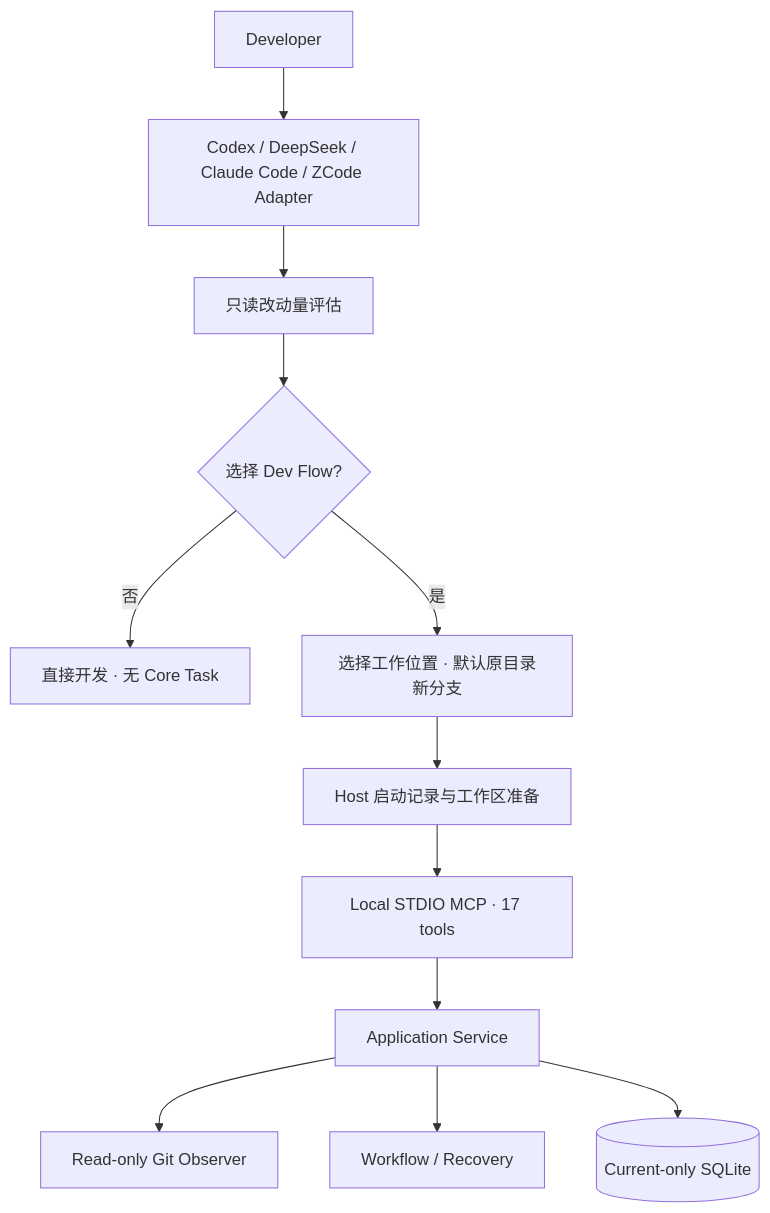
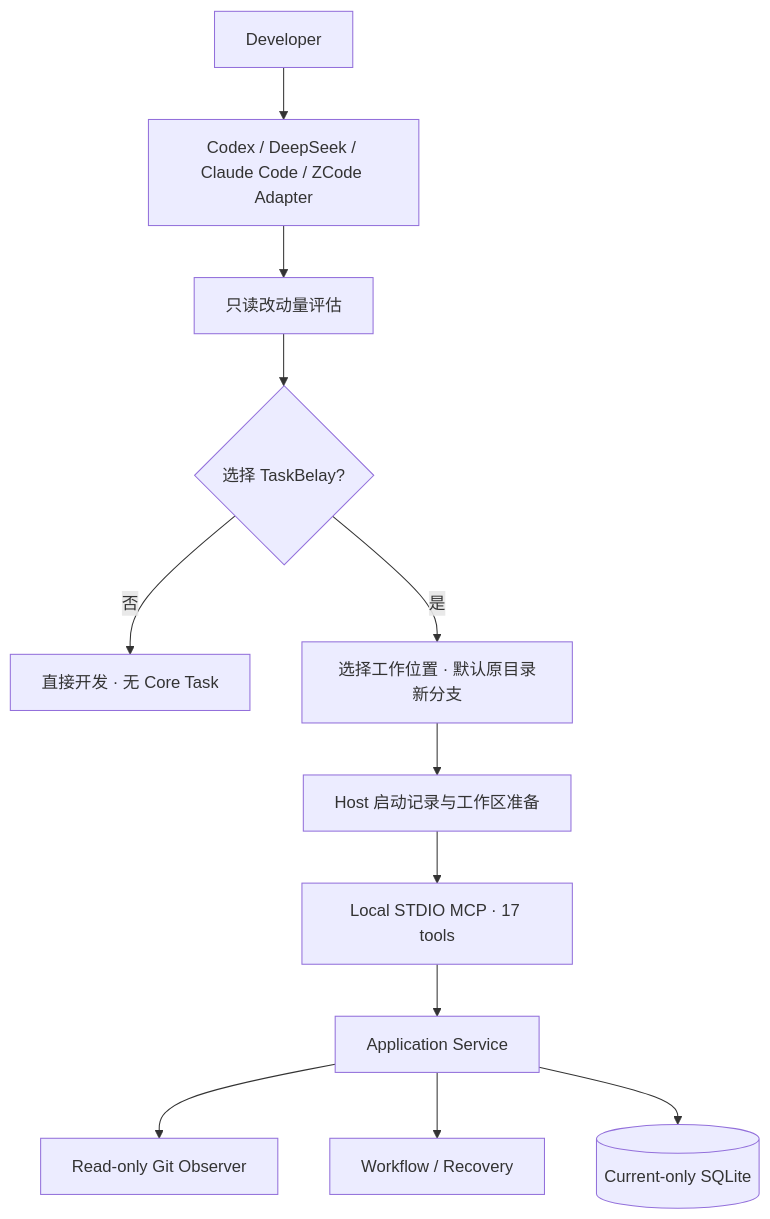
The diagram in docs/ARCHITECTURE.md (Innocent-children/dev-flow), drawn with Mermaid before and after one commit. The commit also changed other lines of this file and 1532 other files, not shown here.

````diff
--- a/docs/ARCHITECTURE.md
+++ b/docs/ARCHITECTURE.md
@@ -14,14 +14,14 @@
 ```mermaid
 flowchart TB
     U[Developer] --> H[Codex / DeepSeek / Claude Code / ZCode Adapter]
     H --> A[只读改动量评估]
-    A --> C{选择 Dev Flow?}
+    A --> C{选择 TaskBelay?}
     C -->|否| D[直接开发 · 无 Core Task]
     C -->|是| P[选择工作位置 · 默认原目录新分支]
     P --> W[Host 启动记录与工作区准备]
     W --> M[Local STDIO MCP · 17 tools]
     M --> S[Application Service]
     S --> G[Read-only Git Observer]
     S --> F[Workflow / Recovery]
     S --> DB[(Current-only SQLite)]
 ```
````
